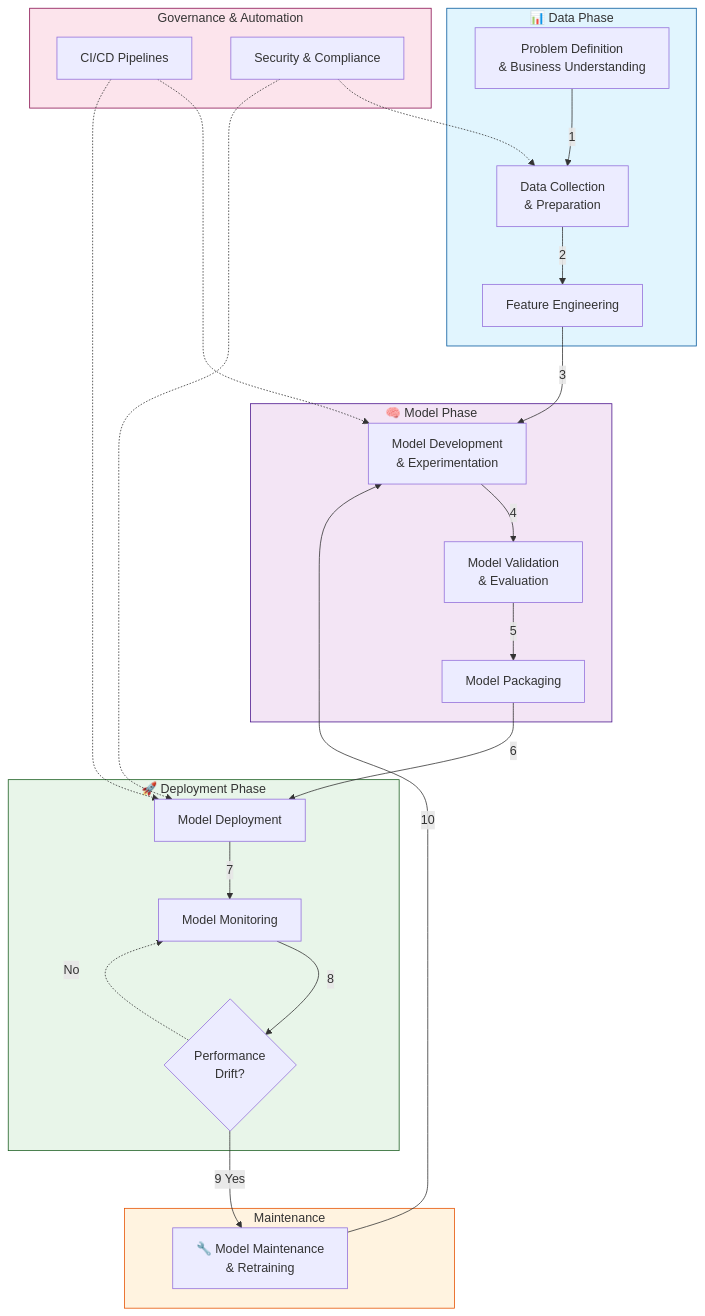
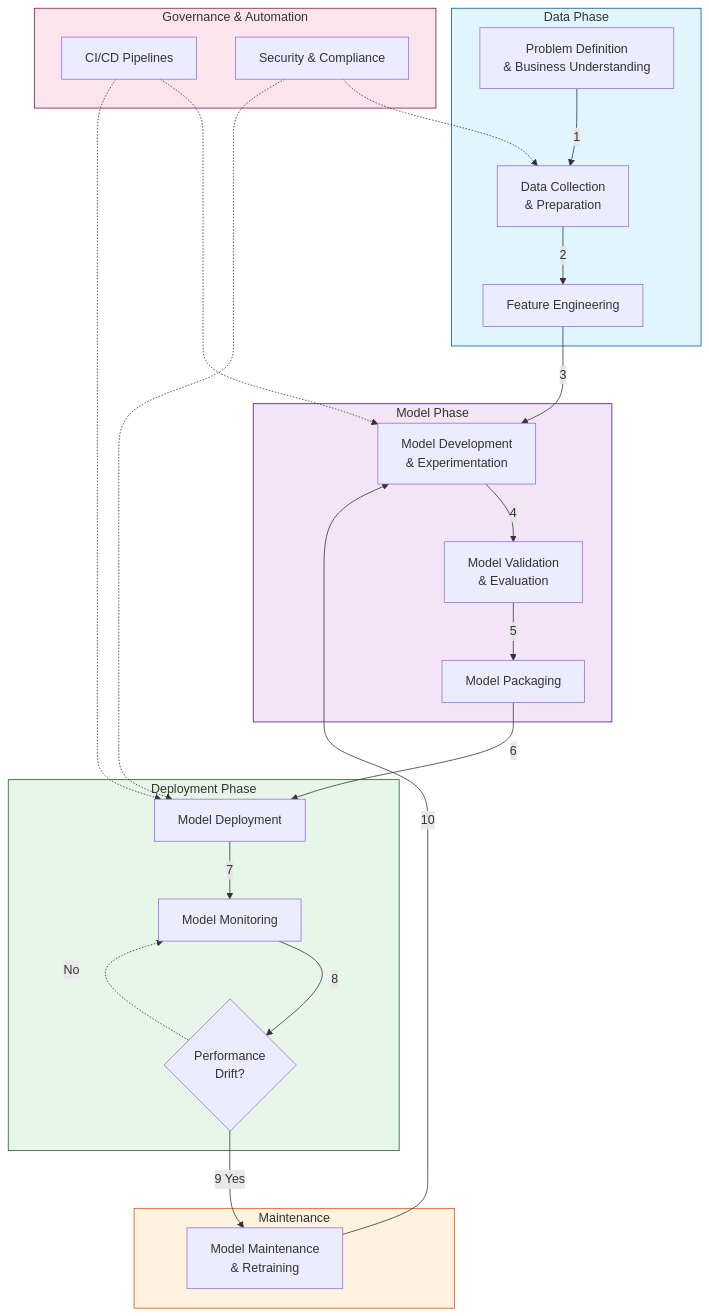
One commit to LiteObject/MLOps-101 changed the first of 2 diagrams in README.md. Above: the diagram before and after it, drawn with Mermaid.

Commit message:
Refactor MLOps lifecycle diagram for improved readability by removing emojis from phase labels

````diff
--- a/README.md
+++ b/README.md
@@ -13,52 +13,52 @@
 ```mermaid
 flowchart TD
-    subgraph DATA["📊 Data Phase"]
+    subgraph DATA["Data Phase"]
         A[Problem Definition<br/>& Business Understanding]
         B[Data Collection<br/>& Preparation]
         C[Feature Engineering]
     end
 
-    subgraph MODEL["🧠 Model Phase"]
+    subgraph MODEL["Model Phase"]
         D[Model Development<br/>& Experimentation]
         E[Model Validation<br/>& Evaluation]
         F[Model Packaging]
     end
 
-    subgraph DEPLOY["🚀 Deployment Phase"]
+    subgraph DEPLOY["Deployment Phase"]
         G[Model Deployment]
         H[Model Monitoring]
         I{Performance<br/>Drift?}
     end
 
     subgraph MAINTAIN["Maintenance"]
-        J[🔧 Model Maintenance<br/>& Retraining]
+        J[Model Maintenance<br/>& Retraining]
     end
 
     A -->|1| B
     B -->|2| C
     C -->|3| D
     D -->|4| E
     E -->|5| F
     F -->|6| G
     G -->|7| H
     H -->|8| I
     I -->|9 Yes| J
     J -->|10| D
     I -.->|No| H
 
     subgraph GOV["Governance & Automation"]
         K[CI/CD Pipelines]
         L[Security & Compliance]
     end
 
     K -.-> D
     K -.-> G
     L -.-> B
     L -.-> G
 
     style DATA fill:#e1f5fe,stroke:#01579b
     style MODEL fill:#f3e5f5,stroke:#4a148c
     style DEPLOY fill:#e8f5e9,stroke:#1b5e20
     style MAINTAIN fill:#fff3e0,stroke:#e65100
     style GOV fill:#fce4ec,stroke:#880e4f
 ```
````
